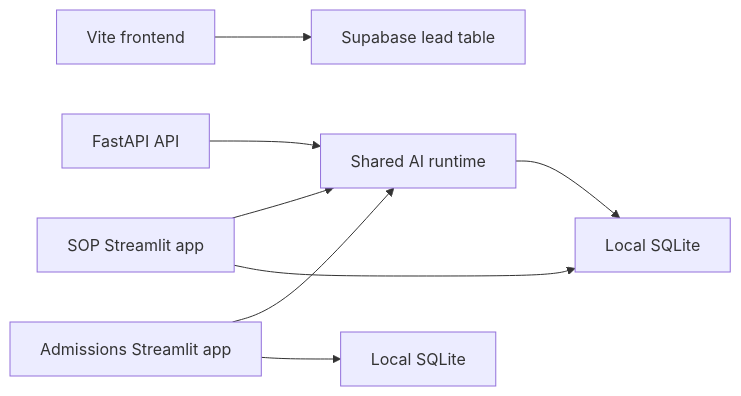
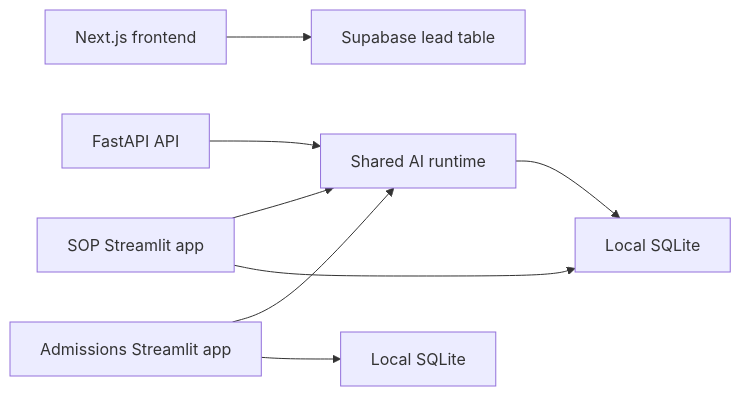
One commit to nitishmalpotra/study_abroad_platform changed the diagram in docs/architecture.md. Above: the diagram before and after it, drawn with Mermaid. The commit also changed other lines of this file and 6 other files, not shown here.

````diff
--- a/docs/architecture.md
+++ b/docs/architecture.md
@@ -30,10 +30,10 @@
 ```mermaid
 flowchart LR
-  A["Vite frontend"] --> B["Supabase lead table"]
+  A["Next.js frontend"] --> B["Supabase lead table"]
   H["FastAPI API"] --> D["Shared AI runtime"]
   C["SOP Streamlit app"] --> D["Shared AI runtime"]
   D --> E["DeepSeek"]
   C --> E["Local SQLite"]
   F["Admissions Streamlit app"] --> D
   F --> G["Local SQLite"]
 ```
````
